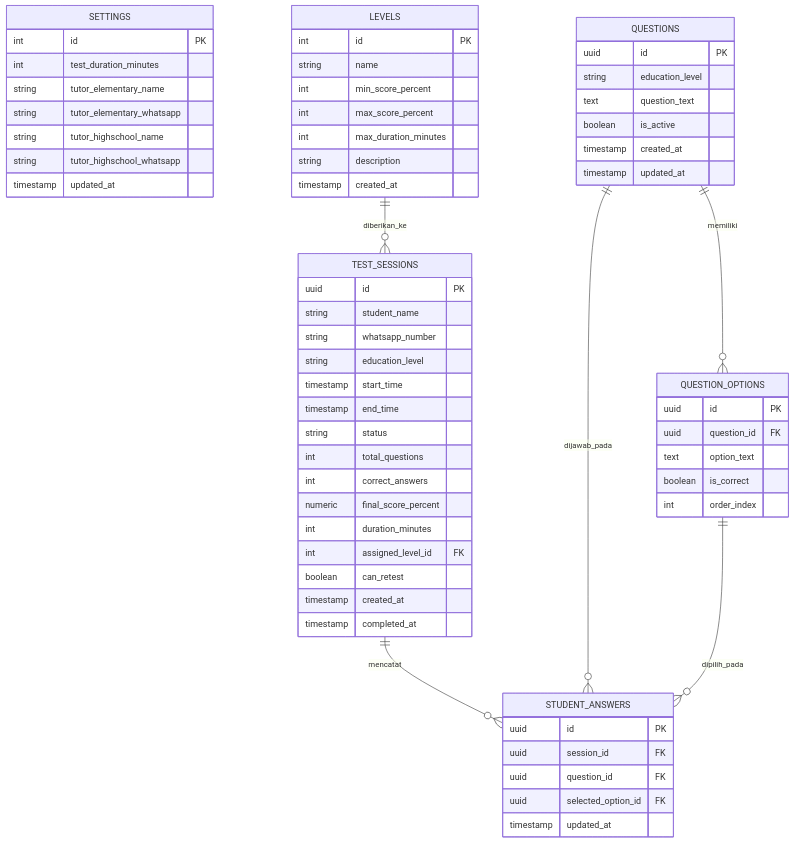
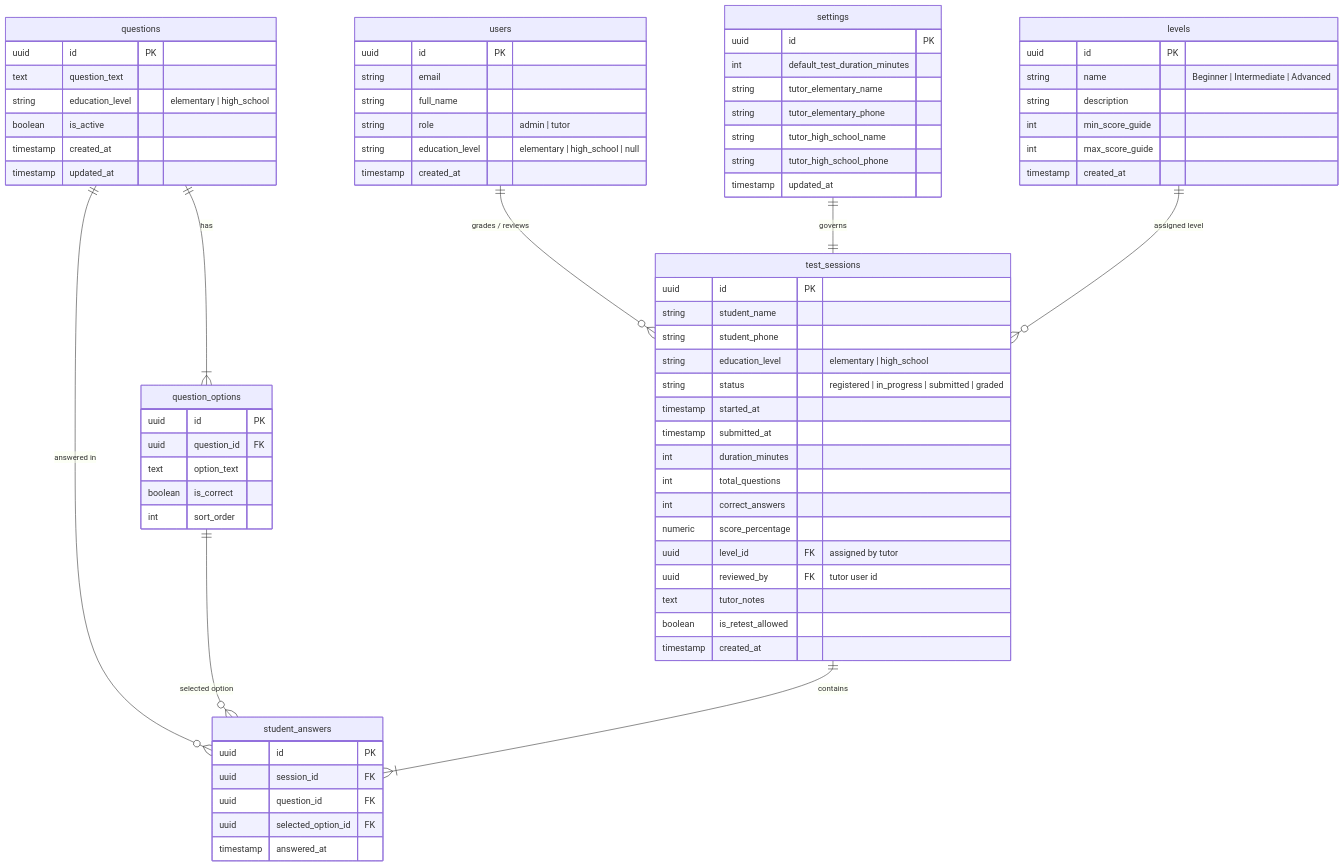
Before and after one commit to septianof/up-speaking: the second of 2 diagrams in PRD.md, drawn with Mermaid. The commit also changed other lines of this file and 3 other files, not shown here.

Commit message:
docs: perbarui prd, ui flow, task breakdown, dan agents sesuai arsitektur baru

````diff
--- a/PRD.md
+++ b/PRD.md
@@ -177,71 +212,82 @@
 ```mermaid
 erDiagram
-    SETTINGS {
-        int id PK
-        int test_duration_minutes
+    users ||--o{ test_sessions : "grades / reviews"
+    settings ||--|| test_sessions : "governs"
+    questions ||--|{ question_options : "has"
+    questions ||--o{ student_answers : "answered in"
+    question_options ||--o{ student_answers : "selected option"
+    test_sessions ||--|{ student_answers : "contains"
+    levels ||--o{ test_sessions : "assigned level"
+
+    users {
+        uuid id PK
+        string email
+        string full_name
+        string role "admin | tutor"
+        string education_level "elementary | high_school | null"
+        timestamp created_at
+    }
+
+    settings {
+        uuid id PK
+        int default_test_duration_minutes
         string tutor_elementary_name
-        string tutor_elementary_whatsapp
-        string tutor_highschool_name
-        string tutor_highschool_whatsapp
+        string tutor_elementary_phone
+        string tutor_high_school_name
+        string tutor_high_school_phone
         timestamp updated_at
     }
 
-    LEVELS {
-        int id PK
-        string name
-        int min_score_percent
-        int max_score_percent
-        int max_duration_minutes
+    levels {
+        uuid id PK
+        string name "Beginner | Intermediate | Advanced"
         string description
+        int min_score_guide
+        int max_score_guide
         timestamp created_at
     }
 
-    QUESTIONS {
+    questions {
         uuid id PK
-        string education_level
         text question_text
+        string education_level "elementary | high_school"
         boolean is_active
         timestamp created_at
         timestamp updated_at
     }
 
-    QUESTION_OPTIONS {
+    question_options {
         uuid id PK
         uuid question_id FK
         text option_text
         boolean is_correct
-        int order_index
+        int sort_order
     }
 
-    TEST_SESSIONS {
+    test_sessions {
         uuid id PK
         string student_name
-        string whatsapp_number
-        string education_level
-        timestamp start_time
-        timestamp end_time
-        string status
+        string student_phone
+        string education_level "elementary | high_school"
+        string status "registered | in_progress | submitted | graded"
+        timestamp started_at
+        timestamp submitted_at
+        int duration_minutes
         int total_questions
         int correct_answers
-        numeric final_score_percent
-        int duration_minutes
-        int assigned_level_id FK
-        boolean can_retest
+        numeric score_percentage
+        uuid level_id FK "assigned by tutor"
+        uuid reviewed_by FK "tutor user id"
+        text tutor_notes
+        boolean is_retest_allowed
         timestamp created_at
-        timestamp completed_at
     }
 
-    STUDENT_ANSWERS {
+    student_answers {
         uuid id PK
         uuid session_id FK
         uuid question_id FK
         uuid selected_option_id FK
-        timestamp updated_at
+        timestamp answered_at
     }
-
-    QUESTIONS ||--o{ QUESTION_OPTIONS : "memiliki"
-    TEST_SESSIONS ||--o{ STUDENT_ANSWERS : "mencatat"
-    QUESTIONS ||--o{ STUDENT_ANSWERS : "dijawab_pada"
-    QUESTION_OPTIONS ||--o{ STUDENT_ANSWERS : "dipilih_pada"
-    LEVELS ||--o{ TEST_SESSIONS : "diberikan_ke"
 ```
````
